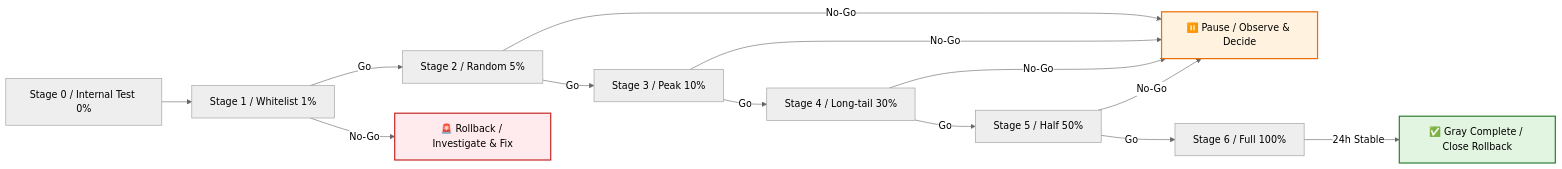
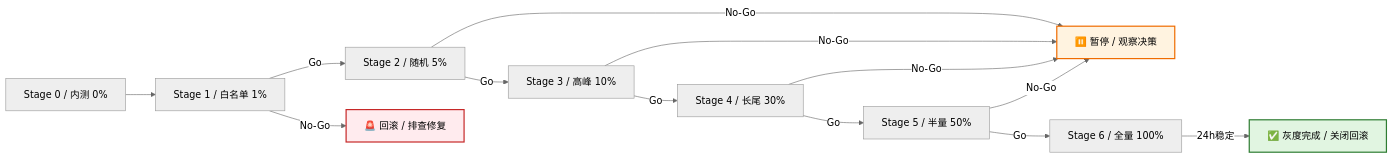
Before and after one commit to Kirky-X/cangjie: the sixth of 9 diagrams in templates/Product/Delivery/Template-Canary-Plan.md, drawn with Mermaid (neutral theme). The commit also changed other lines of this file and 33 other files, not shown here.

````diff
--- a/templates/Product/Delivery/Template-Canary-Plan.md
+++ b/templates/Product/Delivery/Template-Canary-Plan.md
@@ -317,19 +317,19 @@
 ```mermaid
 flowchart LR
-    S0[Stage 0 / Internal Test 0%] --> S1[Stage 1 / Whitelist 1%]
-    S1 -->|Go| S2[Stage 2 / Random 5%]
-    S1 -->|No-Go| R1[🚨 Rollback / Investigate & Fix]
-    S2 -->|Go| S3[Stage 3 / Peak 10%]
-    S2 -->|No-Go| R2[⏸️ Pause / Observe & Decide]
-    S3 -->|Go| S4[Stage 4 / Long-tail 30%]
+    S0[Stage 0 / 内测 0%] --> S1[Stage 1 / 白名单 1%]
+    S1 -->|Go| S2[Stage 2 / 随机 5%]
+    S1 -->|No-Go| R1[🚨 回滚 / 排查修复]
+    S2 -->|Go| S3[Stage 3 / 高峰 10%]
+    S2 -->|No-Go| R2[⏸️ 暂停 / 观察决策]
+    S3 -->|Go| S4[Stage 4 / 长尾 30%]
     S3 -->|No-Go| R2
-    S4 -->|Go| S5[Stage 5 / Half 50%]
+    S4 -->|Go| S5[Stage 5 / 半量 50%]
     S4 -->|No-Go| R2
-    S5 -->|Go| S6[Stage 6 / Full 100%]
+    S5 -->|Go| S6[Stage 6 / 全量 100%]
     S5 -->|No-Go| R2
-    S6 -->|24h Stable| E[✅ Gray Complete / Close Rollback]
+    S6 -->|24h稳定| E[✅ 灰度完成 / 关闭回滚]
 
     style R1 fill:#ffebee,stroke:#c62828,stroke-width:2px
     style R2 fill:#fff3e0,stroke:#ef6c00,stroke-width:2px
     style E fill:#e1f5e1,stroke:#2e7d32,stroke-width:2px
 ```
````
